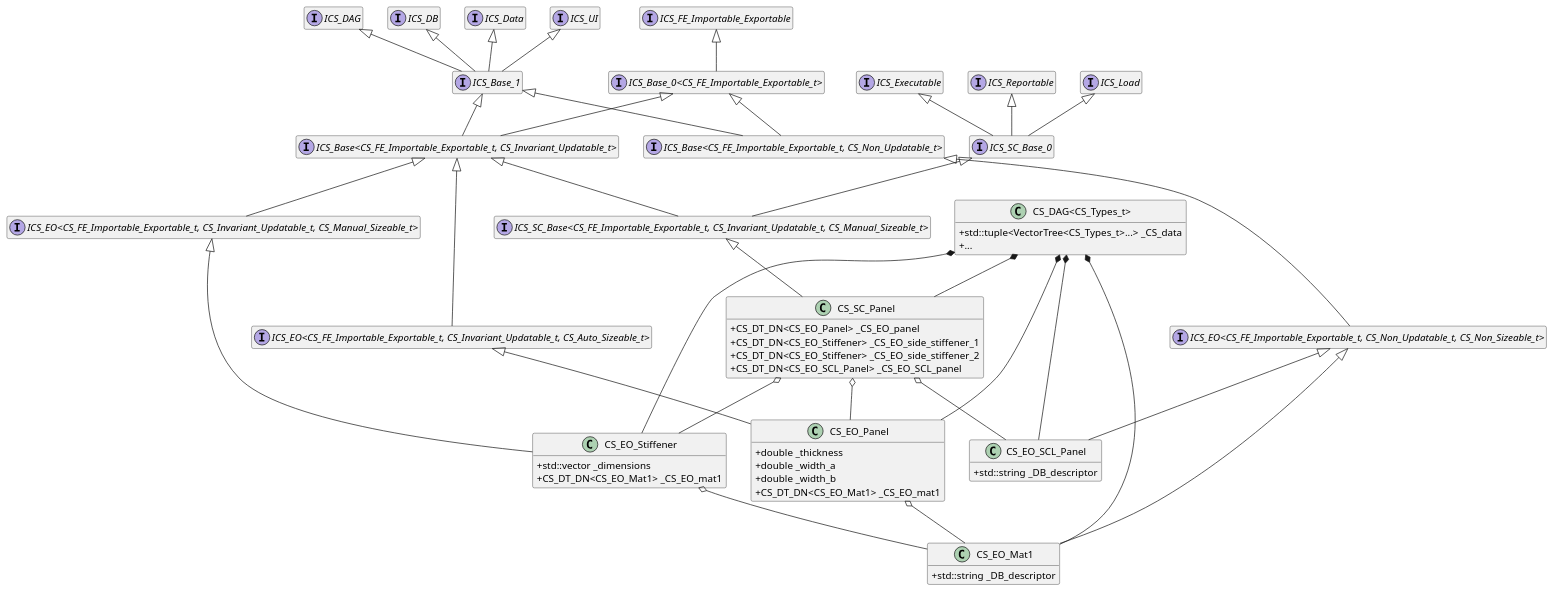
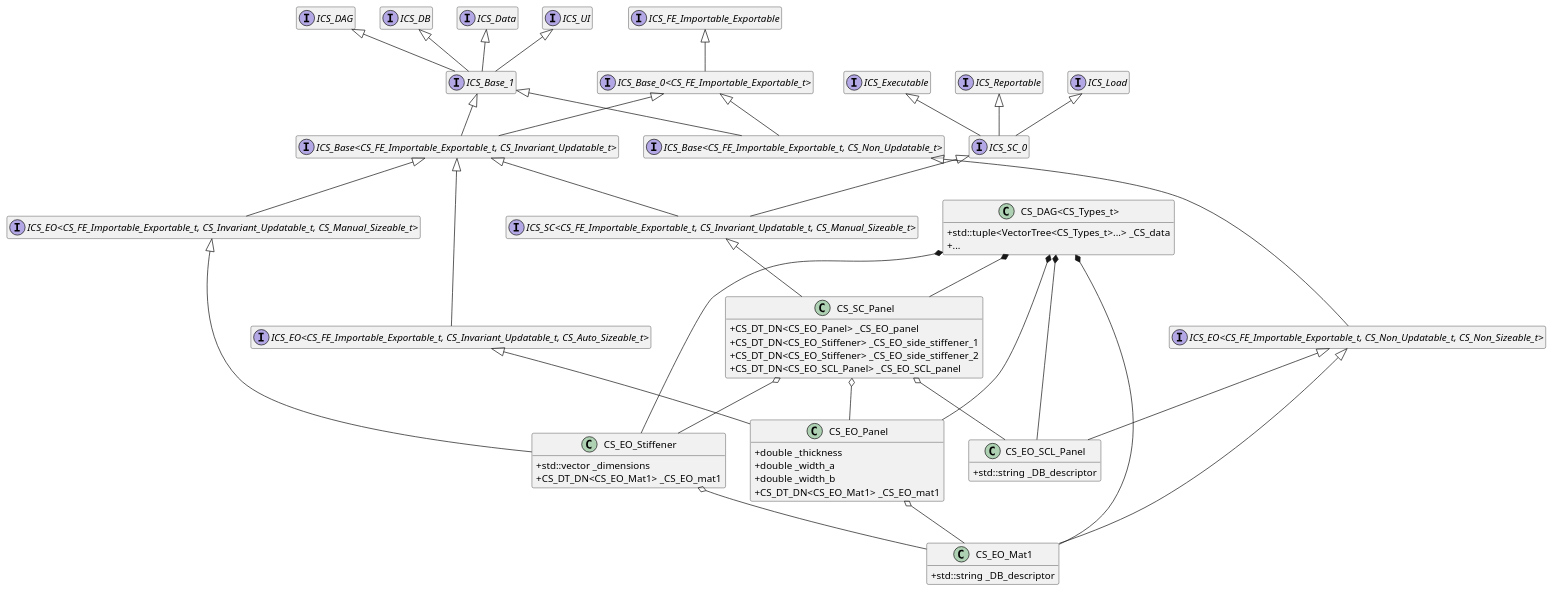
The diagram in uml/DAG.puml (BarisAlbayrakIEEE/StructuralAnalysis), drawn with PlantUML before and after one commit. The commit also changed 2 other files, not shown here.

```diff
--- a/uml/DAG.puml
+++ b/uml/DAG.puml
@@ -1,100 +1,100 @@
 @startuml
 hide empty members
 skinparam classAttributeIconSize 0
 
 interface ICS_UI
 interface ICS_DAG
 interface ICS_DB
 interface ICS_Data
 interface ICS_Base_1
 
 ICS_UI <|-- ICS_Base_1
 ICS_DAG <|-- ICS_Base_1
 ICS_DB <|-- ICS_Base_1
 ICS_Data <|-- ICS_Base_1
 
 interface ICS_FE_Importable_Exportable
 interface "ICS_Base_0<CS_FE_Importable_Exportable_t>"
 interface "ICS_Base<CS_FE_Importable_Exportable_t, CS_Non_Updatable_t>"
 interface "ICS_EO<CS_FE_Importable_Exportable_t, CS_Non_Updatable_t, CS_Non_Sizeable_t>"
 
 ICS_FE_Importable_Exportable <|-- "ICS_Base_0<CS_FE_Importable_Exportable_t>"
 "ICS_Base_0<CS_FE_Importable_Exportable_t>" <|-- "ICS_Base<CS_FE_Importable_Exportable_t, CS_Non_Updatable_t>"
 ICS_Base_1 <|-- "ICS_Base<CS_FE_Importable_Exportable_t, CS_Non_Updatable_t>"
 "ICS_Base<CS_FE_Importable_Exportable_t, CS_Non_Updatable_t>" <|-- "ICS_EO<CS_FE_Importable_Exportable_t, CS_Non_Updatable_t, CS_Non_Sizeable_t>"
 "ICS_EO<CS_FE_Importable_Exportable_t, CS_Non_Updatable_t, CS_Non_Sizeable_t>" <|-- CS_EO_Mat1
 "ICS_EO<CS_FE_Importable_Exportable_t, CS_Non_Updatable_t, CS_Non_Sizeable_t>" <|-- CS_EO_SCL_Panel
 
 class CS_EO_Mat1 {
     +std::string _DB_descriptor
 }
 
 class CS_EO_SCL_Panel {
     +std::string _DB_descriptor
 }
 
 
 
 interface "ICS_Base<CS_FE_Importable_Exportable_t, CS_Invariant_Updatable_t>"
 interface "ICS_EO<CS_FE_Importable_Exportable_t, CS_Invariant_Updatable_t, CS_Auto_Sizeable_t>"
 interface "ICS_EO<CS_FE_Importable_Exportable_t, CS_Invariant_Updatable_t, CS_Manual_Sizeable_t>"
 
 ICS_Base_1 <|-- "ICS_Base<CS_FE_Importable_Exportable_t, CS_Invariant_Updatable_t>"
 "ICS_Base_0<CS_FE_Importable_Exportable_t>" <|-- "ICS_Base<CS_FE_Importable_Exportable_t, CS_Invariant_Updatable_t>"
 "ICS_Base<CS_FE_Importable_Exportable_t, CS_Invariant_Updatable_t>" <|-- "ICS_EO<CS_FE_Importable_Exportable_t, CS_Invariant_Updatable_t, CS_Auto_Sizeable_t>"
 "ICS_Base<CS_FE_Importable_Exportable_t, CS_Invariant_Updatable_t>" <|-- "ICS_EO<CS_FE_Importable_Exportable_t, CS_Invariant_Updatable_t, CS_Manual_Sizeable_t>"
 "ICS_EO<CS_FE_Importable_Exportable_t, CS_Invariant_Updatable_t, CS_Auto_Sizeable_t>" <|-- CS_EO_Panel
 "ICS_EO<CS_FE_Importable_Exportable_t, CS_Invariant_Updatable_t, CS_Manual_Sizeable_t>" <|-- CS_EO_Stiffener
 
 class CS_EO_Panel {
     +double _thickness
     +double _width_a
     +double _width_b
     +CS_DT_DN<CS_EO_Mat1> _CS_EO_mat1
 }
 CS_EO_Panel o-- CS_EO_Mat1
 
 class CS_EO_Stiffener {
     +std::vector _dimensions
     +CS_DT_DN<CS_EO_Mat1> _CS_EO_mat1
 }
 CS_EO_Stiffener o-- CS_EO_Mat1
 
 
 
 interface ICS_Executable
 interface ICS_Reportable
 interface ICS_Load
-interface ICS_SC_Base_0
-interface "ICS_SC_Base<CS_FE_Importable_Exportable_t, CS_Invariant_Updatable_t, CS_Manual_Sizeable_t>"
+interface ICS_SC_0
+interface "ICS_SC<CS_FE_Importable_Exportable_t, CS_Invariant_Updatable_t, CS_Manual_Sizeable_t>"
 
-ICS_Executable <|-- ICS_SC_Base_0
-ICS_Reportable <|-- ICS_SC_Base_0
-ICS_Load <|-- ICS_SC_Base_0
-ICS_SC_Base_0 <|-- "ICS_SC_Base<CS_FE_Importable_Exportable_t, CS_Invariant_Updatable_t, CS_Manual_Sizeable_t>"
-"ICS_Base<CS_FE_Importable_Exportable_t, CS_Invariant_Updatable_t>" <|-- "ICS_SC_Base<CS_FE_Importable_Exportable_t, CS_Invariant_Updatable_t, CS_Manual_Sizeable_t>"
-"ICS_SC_Base<CS_FE_Importable_Exportable_t, CS_Invariant_Updatable_t, CS_Manual_Sizeable_t>" <|-- CS_SC_Panel
+ICS_Executable <|-- ICS_SC_0
+ICS_Reportable <|-- ICS_SC_0
+ICS_Load <|-- ICS_SC_0
+ICS_SC_0 <|-- "ICS_SC<CS_FE_Importable_Exportable_t, CS_Invariant_Updatable_t, CS_Manual_Sizeable_t>"
+"ICS_Base<CS_FE_Importable_Exportable_t, CS_Invariant_Updatable_t>" <|-- "ICS_SC<CS_FE_Importable_Exportable_t, CS_Invariant_Updatable_t, CS_Manual_Sizeable_t>"
+"ICS_SC<CS_FE_Importable_Exportable_t, CS_Invariant_Updatable_t, CS_Manual_Sizeable_t>" <|-- CS_SC_Panel
 
 class CS_SC_Panel {
     +CS_DT_DN<CS_EO_Panel> _CS_EO_panel
     +CS_DT_DN<CS_EO_Stiffener> _CS_EO_side_stiffener_1
     +CS_DT_DN<CS_EO_Stiffener> _CS_EO_side_stiffener_2
     +CS_DT_DN<CS_EO_SCL_Panel> _CS_EO_SCL_panel
 }
 CS_SC_Panel o-- CS_EO_Panel
 CS_SC_Panel o-- CS_EO_Stiffener
 CS_SC_Panel o-- CS_EO_SCL_Panel
 
 
 
 class "CS_DAG<CS_Types_t>" {
     +std::tuple<VectorTree<CS_Types_t>...> _CS_data
     +...
 }
 "CS_DAG<CS_Types_t>" *-- CS_EO_Mat1
 "CS_DAG<CS_Types_t>" *-- CS_EO_Panel
 "CS_DAG<CS_Types_t>" *-- CS_EO_Stiffener
 "CS_DAG<CS_Types_t>" *-- CS_EO_SCL_Panel
 "CS_DAG<CS_Types_t>" *-- CS_SC_Panel
 
 @enduml
```
